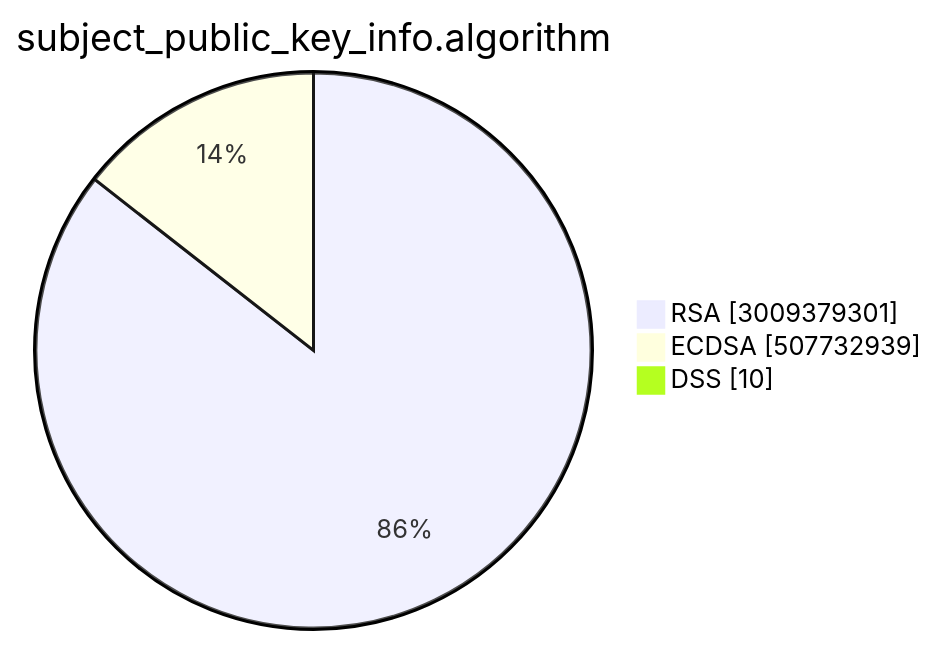
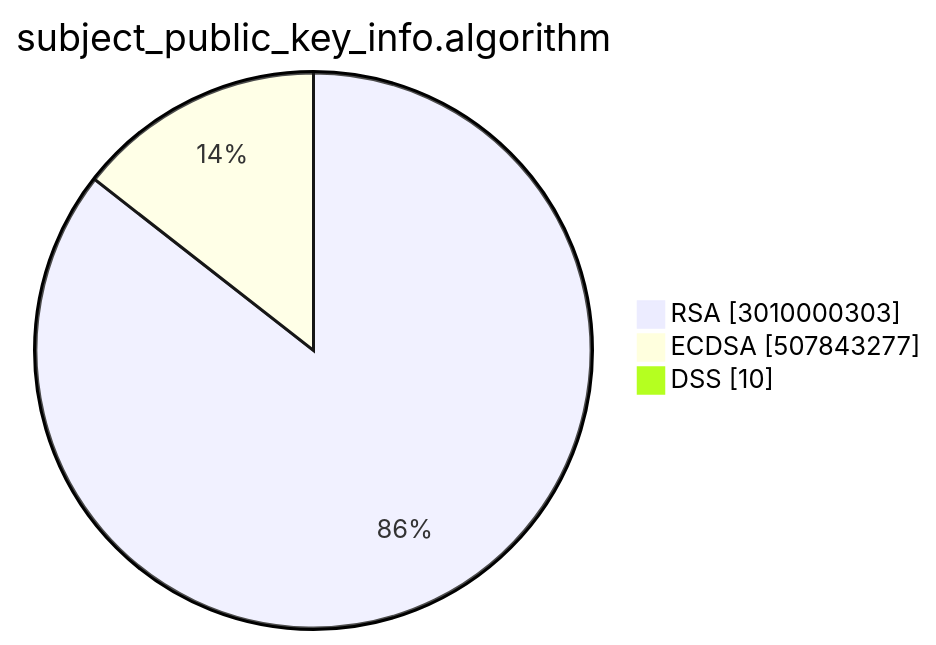
Before and after one commit to christiankrug/ctmonitor_visualization: the second of 15 diagrams in TOTAL/README.md, drawn with Mermaid. The commit also changed other lines of this file, not shown here.

````diff
--- a/TOTAL/README.md
+++ b/TOTAL/README.md
@@ -6,7 +6,7 @@
 ```mermaid
 pie showData
 title subject_public_key_info.algorithm
-"RSA" :3009379301
-"ECDSA" :507732939
+"RSA" :3010000303
+"ECDSA" :507843277
 "DSS" :10
 ```
````
